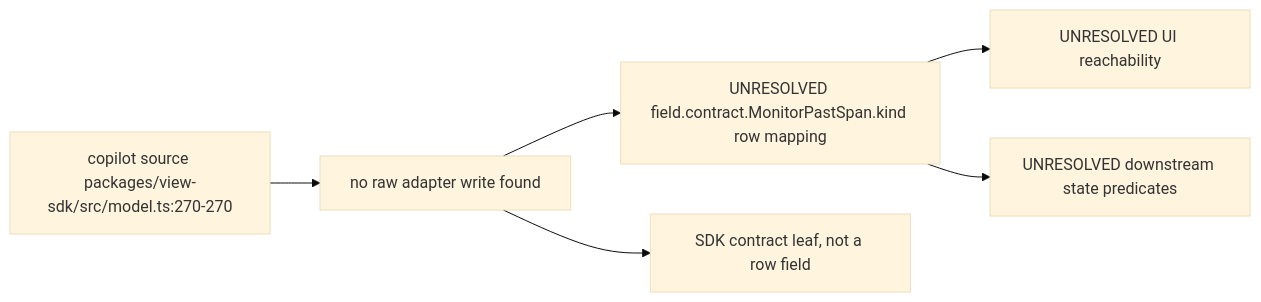
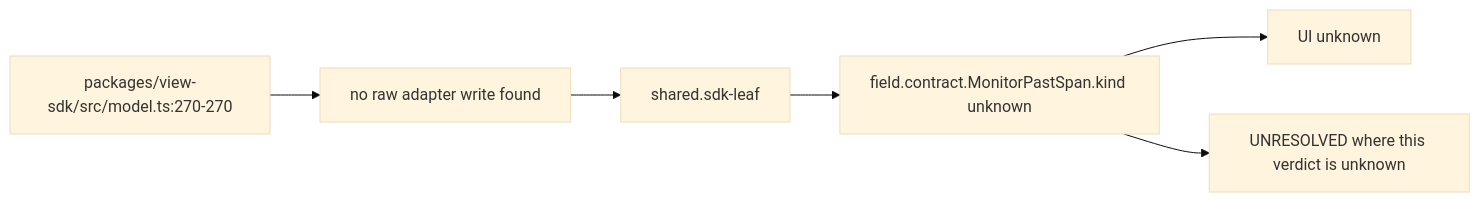
Before and after one commit to vibefield/vibefield: the diagram in audit/godview/evidence/copilot/contract.MonitorPastSpan.kind.mmd, drawn with Mermaid (base theme). The commit also changed 1609 other files, not shown here.

```diff
--- a/audit/godview/evidence/copilot/contract.MonitorPastSpan.kind.mmd
+++ b/audit/godview/evidence/copilot/contract.MonitorPastSpan.kind.mmd
@@ -1,11 +1,13 @@
+%% graph_ref: shared.sdk-leaf
+%% adapter: copilot
+%% field: field.contract.MonitorPastSpan.kind
+%% forensic: source-read at 748d015; not a live sample
 flowchart LR
-  src["copilot source packages/view-sdk/src/model.ts:270-270"]
+  src["packages/view-sdk/src/model.ts:270-270"]
   raw["no raw adapter write found"]
-  row["UNRESOLVED field.contract.MonitorPastSpan.kind row mapping"]
-  ui["UNRESOLVED UI reachability"]
-  states["UNRESOLVED downstream state predicates"]
-  src --> raw --> row
-  row --> ui
-  row --> states
-  leaf["SDK contract leaf, not a row field"]
-  raw --> leaf
+  shared["shared.sdk-leaf"]
+  row["field.contract.MonitorPastSpan.kind unknown"]
+  ui["UI unknown"]
+  src --> raw --> shared --> row --> ui
+  open["UNRESOLVED where this verdict is unknown"]
+  row --> open
```
